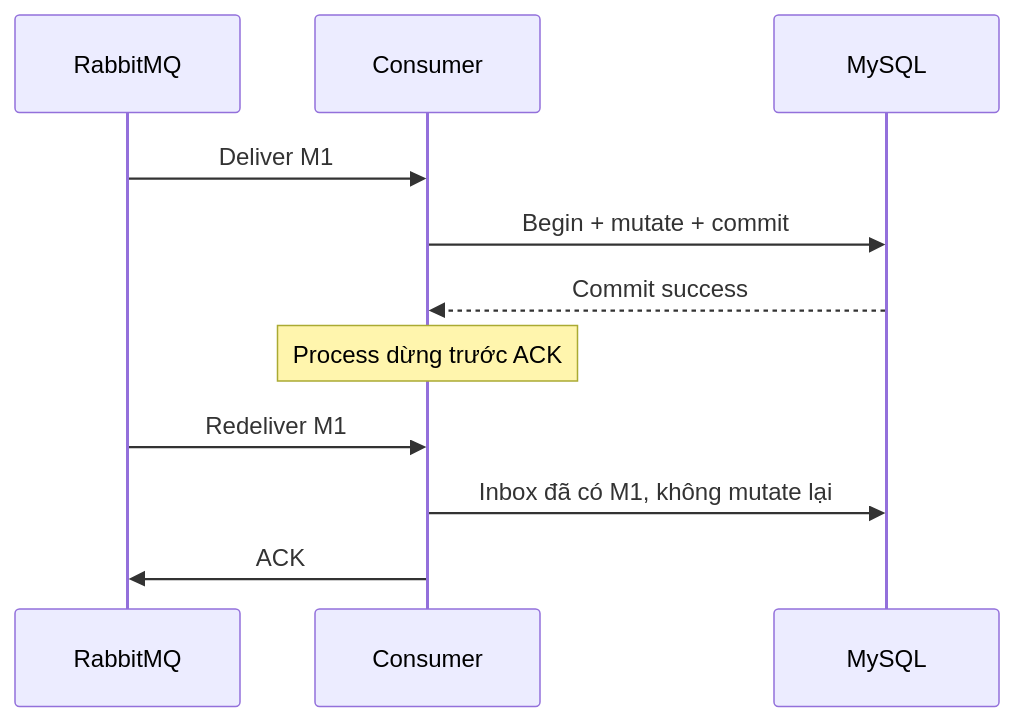
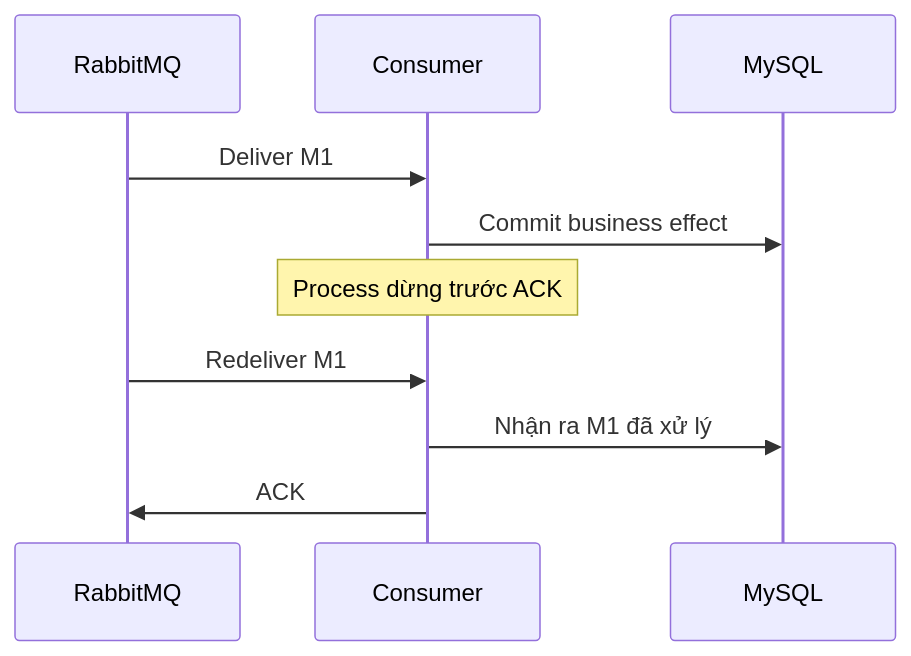
The seventh of 11 diagrams in src/assets/docs/dotnet-core/rabbitmq-reliable-messaging.md (trungdev26/angular-internals), drawn with Mermaid before and after one commit. The commit also changed other lines of this file and 1 other file, not shown here.

````diff
--- a/src/assets/docs/dotnet-core/rabbitmq-reliable-messaging.md
+++ b/src/assets/docs/dotnet-core/rabbitmq-reliable-messaging.md
@@ -68,13 +405,12 @@
 ```mermaid
 sequenceDiagram
     participant R as RabbitMQ
     participant C as Consumer
     participant DB as MySQL
     R->>C: Deliver M1
-    C->>DB: Begin + mutate + commit
-    DB-->>C: Commit success
+    C->>DB: Commit business effect
     Note over C: Process dừng trước ACK
     R->>C: Redeliver M1
-    C->>DB: Inbox đã có M1, không mutate lại
+    C->>DB: Nhận ra M1 đã xử lý
     C->>R: ACK
 ```
````
